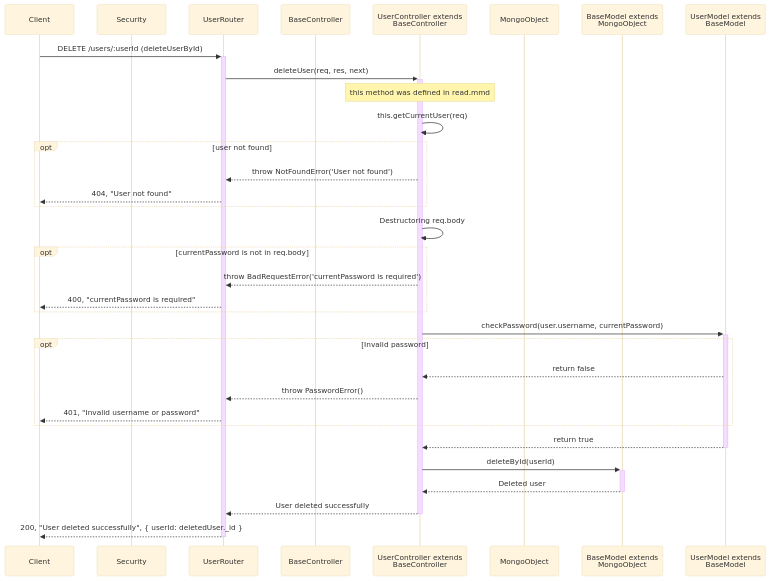
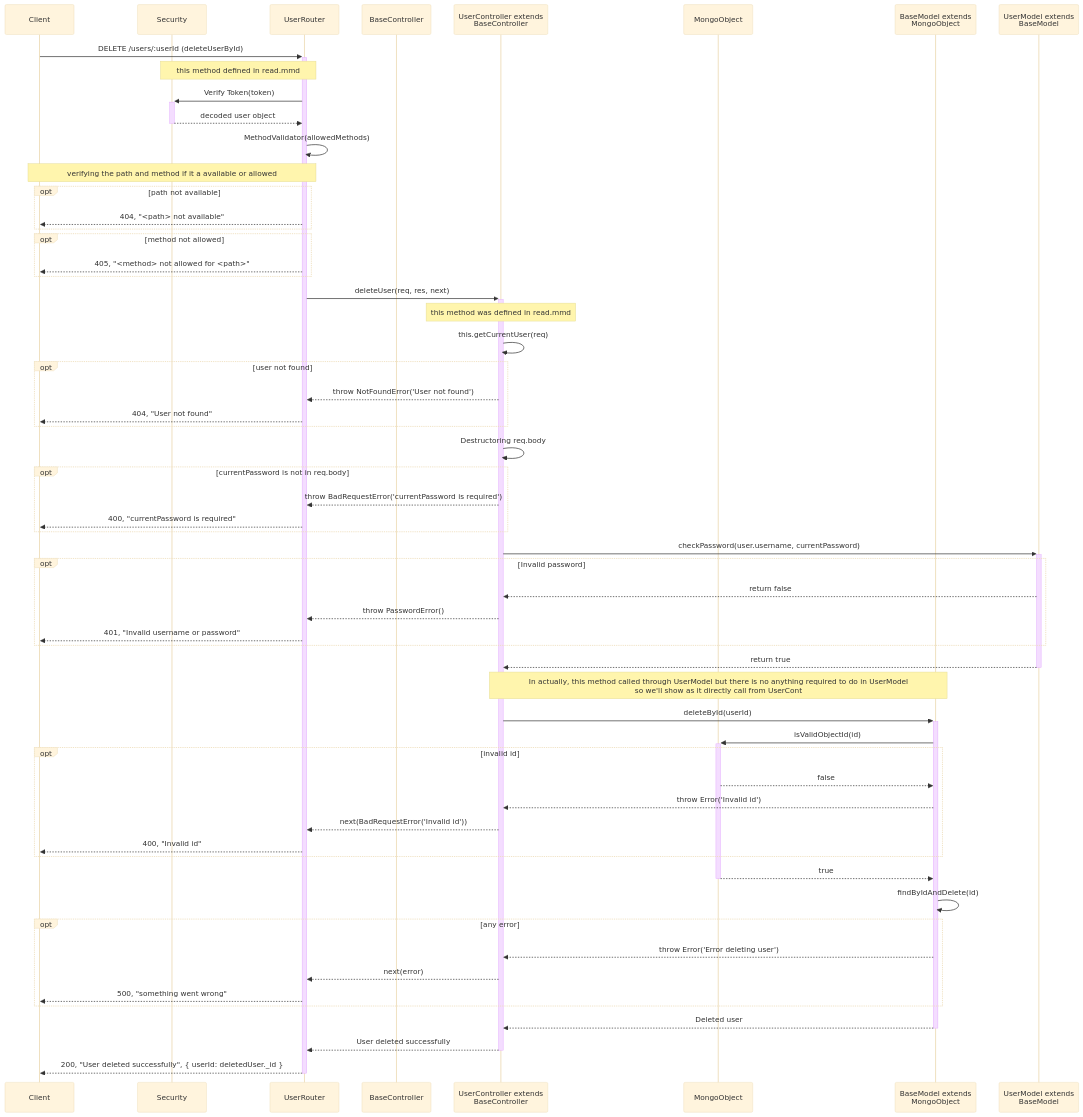
One commit to SawatKia/WealthTracking changed the diagram in design/newClassesDesign/UserManagement/delete.mmd. Above: the diagram before and after it, drawn with Mermaid (base theme). The commit also changed 3 other files, not shown here.

Commit message:
Refactor UserManagement to improve error handling and authorized user via middleware before do anything

```diff
--- a/design/newClassesDesign/UserManagement/delete.mmd
+++ b/design/newClassesDesign/UserManagement/delete.mmd
@@ -1,35 +1,61 @@
 sequenceDiagram
     participant Client
     participant Sec as Security
     participant UserRouter as UserRouter
     participant BaseCont as BaseController
     participant UserCont as UserController extends<br> BaseController
-    participant MongoObject as MongoObject
+    participant Mongo as MongoObject
     participant BaseModel as BaseModel extends<br> MongoObject
     participant Model as UserModel extends<br> BaseModel
 
     %% Delete User
     Client->>+UserRouter: DELETE /users/:userId (deleteUserById)
+    Note over Sec, UserRouter: this method defined in read.mmd
+    UserRouter->>+Sec: Verify Token(token)
+    Sec-->>-UserRouter: decoded user object
+    UserRouter->>UserRouter: MethodValidator(allowedMethods)
+    Note over Client,UserRouter : verifying the path and method if it a available or allowed
+    opt path not available
+        UserRouter-->>Client: 404, "<path> not available"
+    end
+    opt method not allowed
+        UserRouter-->>Client: 405, "<method> not allowed for <path>"
+    end
     UserRouter->>+UserCont: deleteUser(req, res, next)
     Note over UserCont: this method was defined in read.mmd
     UserCont->>UserCont: this.getCurrentUser(req)
     opt user not found
         UserCont-->>UserRouter: throw NotFoundError('User not found')
         UserRouter-->>Client: 404, "User not found"
     end
     UserCont->>UserCont: Destructoring req.body
     opt currentPassword is not in req.body
         UserCont-->>UserRouter: throw BadRequestError('currentPassword is required')
         UserRouter-->>Client: 400, "currentPassword is required"
     end
     UserCont->>+Model: checkPassword(user.username, currentPassword)
     opt Invalid password
         Model-->>UserCont: return false
         UserCont-->>UserRouter: throw PasswordError()
         UserRouter-->>Client: 401, "Invalid username or password"
     end
     Model-->>-UserCont: return true
+    Note over UserCont, BaseModel: In actually, this method called through UserModel but there is no anything required to do in UserModel<br> so we'll show as it directly call from UserCont
     UserCont->>+BaseModel: deleteById(userId)
+    BaseModel->>+Mongo: isValidObjectId(id)
+    opt invalid id
+        Mongo-->>BaseModel: false
+        BaseModel-->>UserCont: throw Error('Invalid id')
+        UserCont-->>UserRouter: next(BadRequestError('Invalid id'))
+        UserRouter-->>Client: 400, "Invalid id"
+    end
+    Mongo-->>-BaseModel: true
+    BaseModel->>BaseModel: findByIdAndDelete(id)
+    opt any error
+        BaseModel-->>UserCont: throw Error('Error deleting user')
+        UserCont-->>UserRouter: next(error)
+        UserRouter-->>Client: 500, "something went wrong"
+    end
     BaseModel-->>-UserCont: Deleted user
     UserCont-->>-UserRouter: User deleted successfully
     UserRouter-->>-Client: 200, "User deleted successfully", { userId: deletedUser._id }
```
